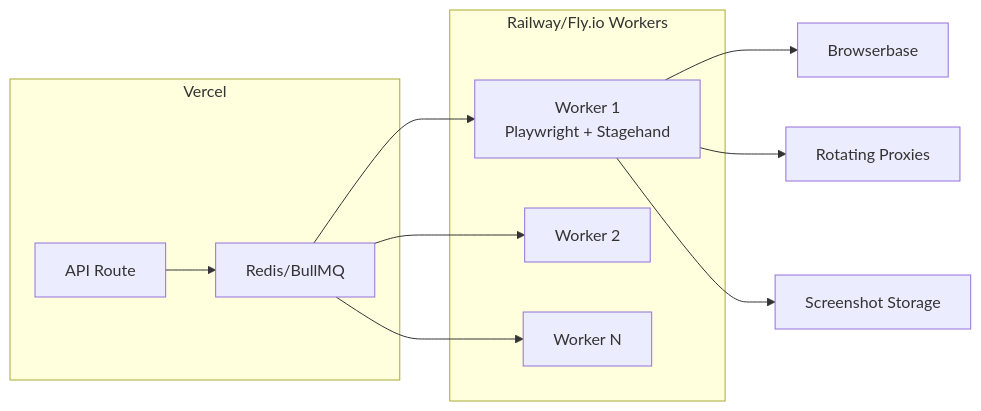
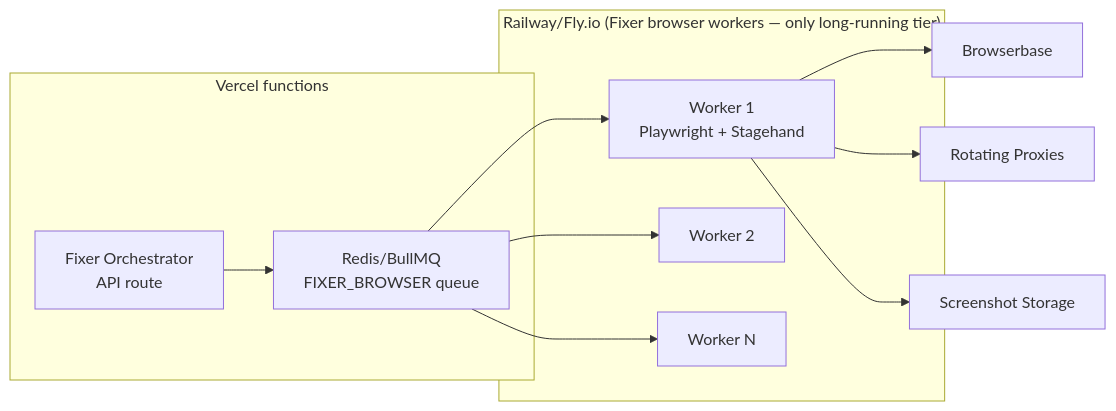
Before and after one commit to malepatip/realvalueai: the fifth of 5 diagrams in .kiro/specs/ai-financial-agent/design.md, drawn with Mermaid. The commit also changed other lines of this file, not shown here.

First line of the commit message:
docs(spec): design.md — Telegram-first rewrite (mermaid + API + RLS)

````diff
--- a/.kiro/specs/ai-financial-agent/design.md
+++ b/.kiro/specs/ai-financial-agent/design.md
@@ -447,20 +467,22 @@
 ```mermaid
 graph LR
-    subgraph "Vercel"
-        API[API Route] --> Q[Redis/BullMQ]
+    subgraph "Vercel functions"
+        API[Fixer Orchestrator<br>API route]
+        Q[Redis/BullMQ<br>FIXER_BROWSER queue]
+        API --> Q
     end
 
-    subgraph "Railway/Fly.io Workers"
+    subgraph "Railway/Fly.io (Fixer browser workers — only long-running tier)"
         W1[Worker 1<br>Playwright + Stagehand]
         W2[Worker 2]
         W3[Worker N]
     end
 
     Q --> W1
     Q --> W2
     Q --> W3
 
     W1 --> BB[Browserbase]
     W1 --> RP[Rotating Proxies]
     W1 --> SS[Screenshot Storage]
 ```
````
